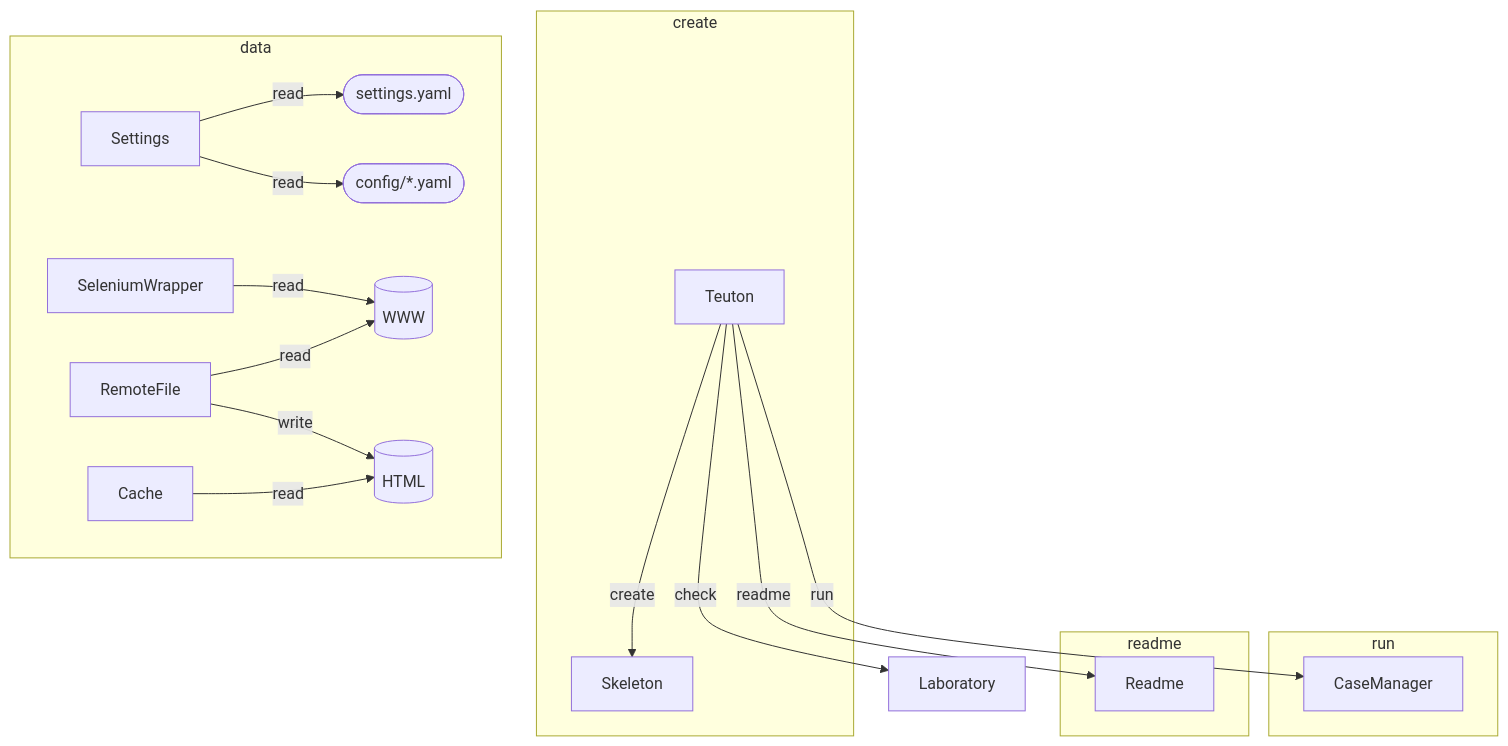
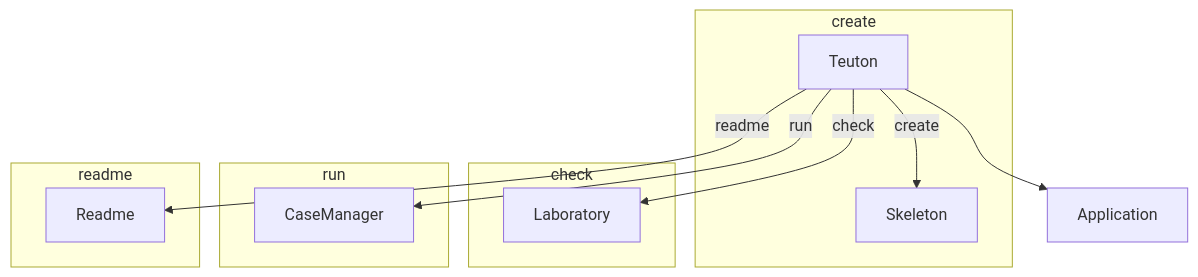
Before and after one commit to teuton-software/teuton: the diagram in docs/diagram.md, drawn with Mermaid.

````diff
--- a/docs/diagram.md
+++ b/docs/diagram.md
@@ -5,26 +5,21 @@
 ```mermaid
 flowchart TB
 
-Teuton -- check --> Laboratory
+  Teuton --> Application
 
 subgraph create
   Teuton -- create --> Skeleton
+end
+
+subgraph check
+  Teuton -- check --> Laboratory
 end
 
 subgraph run
   Teuton -- run --> CaseManager
 end
 
 subgraph readme
   Teuton -- readme --> Readme
 end
-
-subgraph data
-  Settings -- read --> settingsyaml([settings.yaml])
-  Settings -- read --> configyamls([config/*.yaml])
-  RemoteFile -- read --> www[(WWW)]
-  SeleniumWrapper -- read --> www[(WWW)]
-  Cache -- read --> html[(HTML)]
-  RemoteFile -- write --> html[(HTML)]
-end
 ```
````
